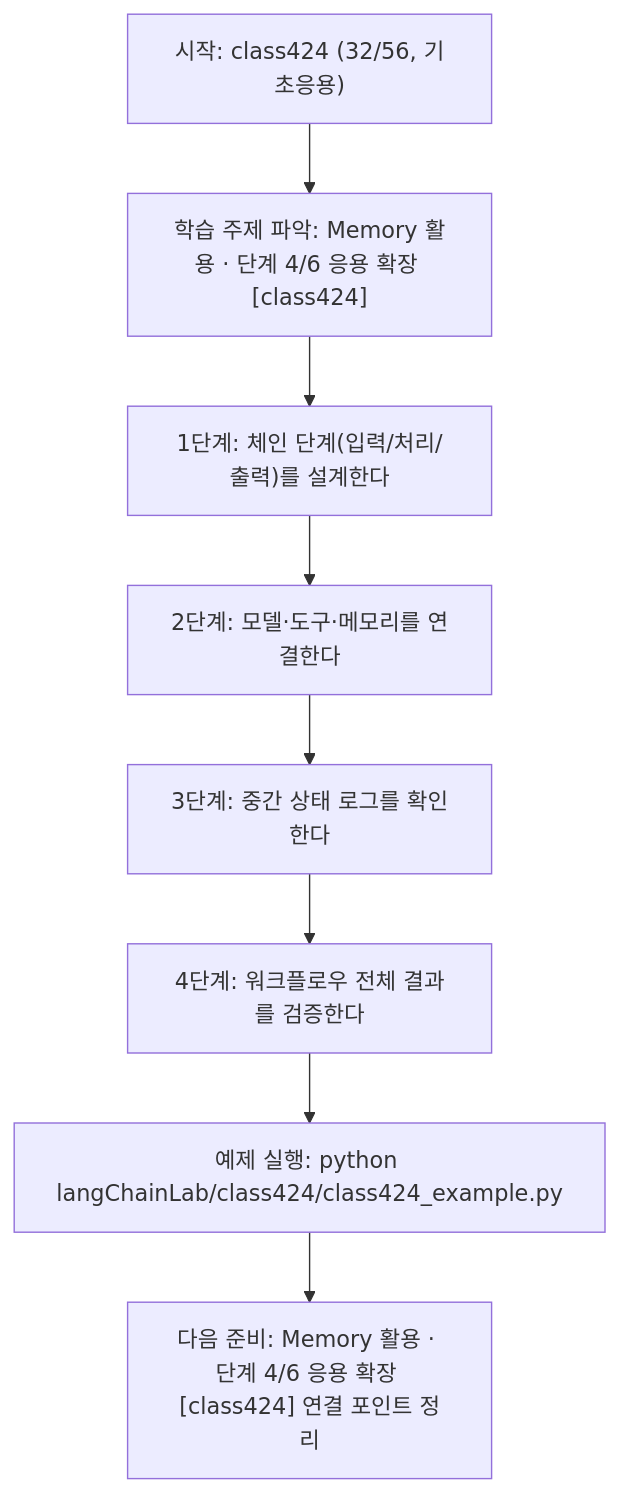
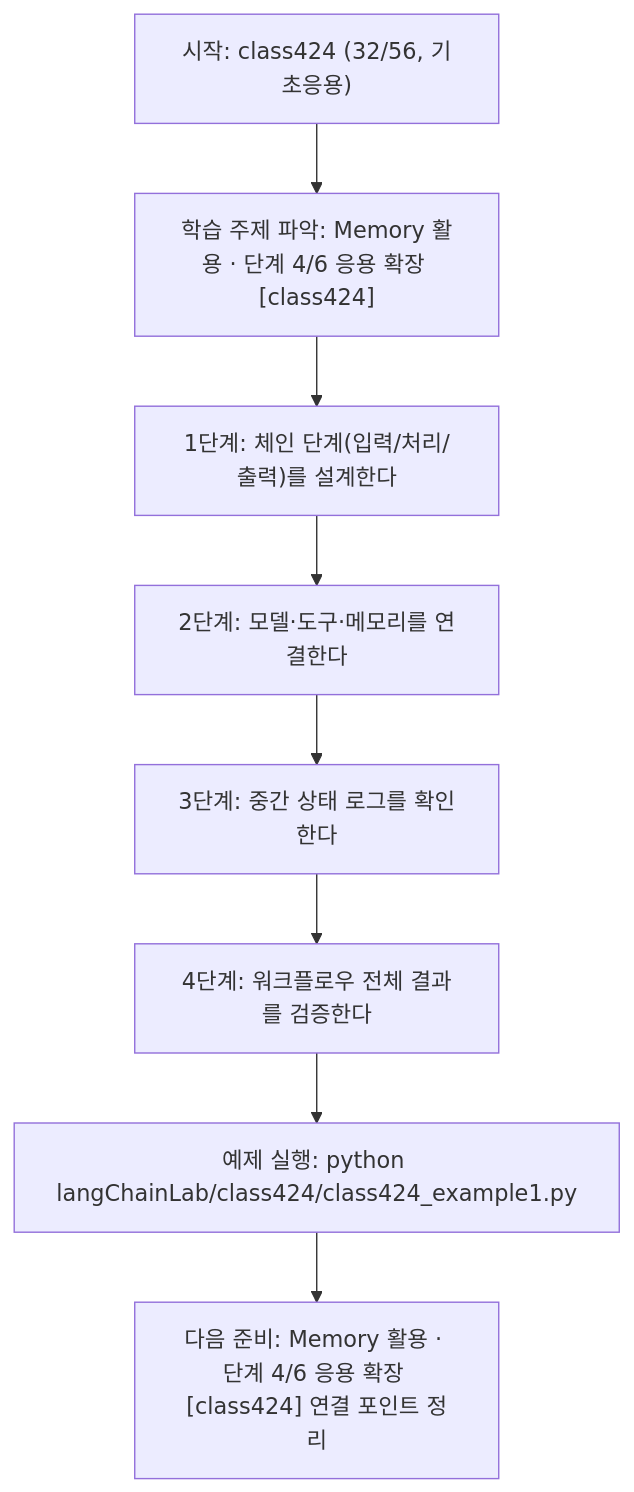
One commit to edumgt/Python-AI_Agent-Class changed the diagram in langChainLab/class424/class424.md. Above: the diagram before and after it, drawn with Mermaid. The commit also changed other lines of this file and 2959 other files, not shown here.

````diff
--- a/langChainLab/class424/class424.md
+++ b/langChainLab/class424/class424.md
@@ -109,18 +109,18 @@
 ```mermaid
 flowchart TD
 N1["시작: class424 (32/56, 기초응용)"]
 N2["학습 주제 파악: Memory 활용 · 단계 4/6 응용 확장 [class424]"]
 N3["1단계: 체인 단계(입력/처리/출력)를 설계한다"]
 N4["2단계: 모델·도구·메모리를 연결한다"]
 N5["3단계: 중간 상태 로그를 확인한다"]
 N6["4단계: 워크플로우 전체 결과를 검증한다"]
-N7["예제 실행: python langChainLab/class424/class424_example.py"]
+N7["예제 실행: python langChainLab/class424/class424_example1.py"]
 N8["다음 준비: Memory 활용 · 단계 4/6 응용 확장 [class424] 연결 포인트 정리"]
 N1 --> N2
 N2 --> N3
 N3 --> N4
 N4 --> N5
 N5 --> N6
 N6 --> N7
 N7 --> N8
 ```
````
